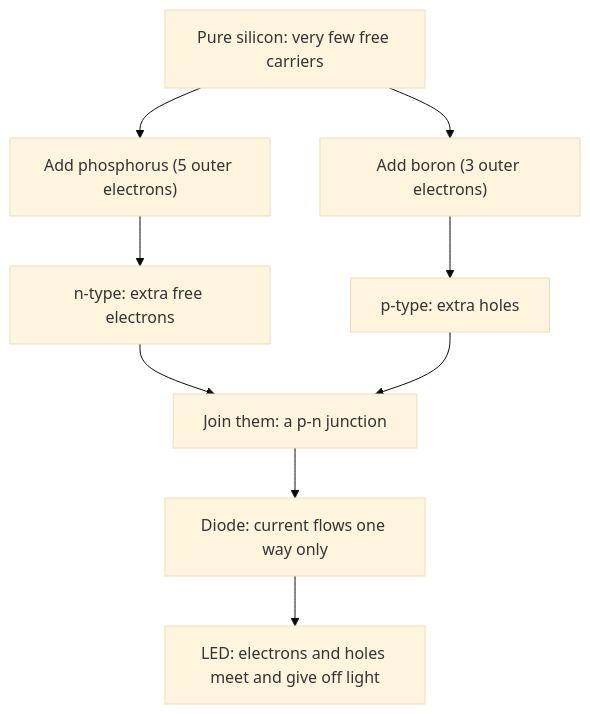
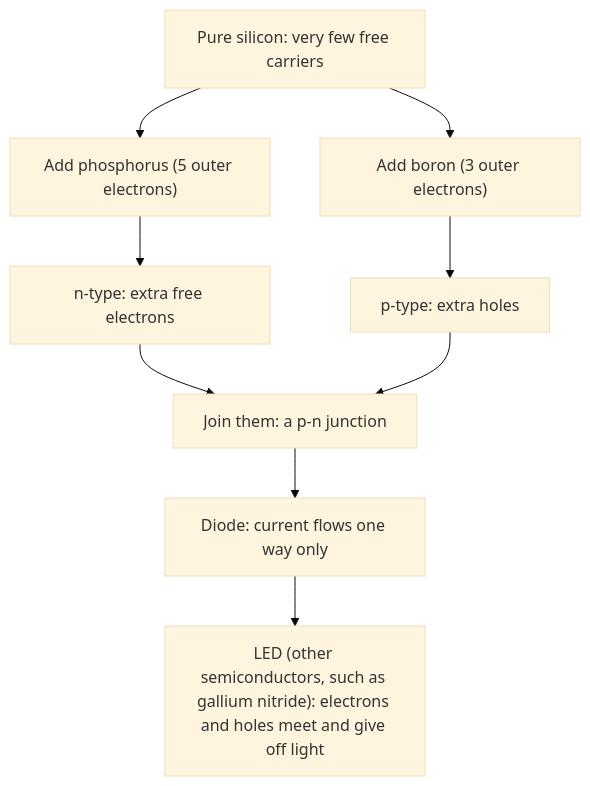
The diagram in content/math/physics/lessons/37h2-conduction.md (Aziliz/erudior), drawn with Mermaid (base theme) before and after one commit. The commit also changed other lines of this file and 5 other files, not shown here.

````diff
--- a/content/math/physics/lessons/37h2-conduction.md
+++ b/content/math/physics/lessons/37h2-conduction.md
@@ -116,13 +116,13 @@
 ```mermaid
 flowchart TD
   accTitle: From pure silicon to diodes and LEDs
-  accDescr: Pure silicon has very few free carriers. Adding phosphorus, with five outer electrons, gives n-type silicon with extra free electrons. Adding boron, with three outer electrons, gives p-type silicon with extra holes. Joining p-type and n-type silicon makes a p-n junction, which is a diode that lets current through in one direction only. In a light-emitting diode, electrons and holes that meet at the junction release their energy as light.
+  accDescr: Pure silicon has very few free carriers. Adding phosphorus, with five outer electrons, gives n-type silicon with extra free electrons. Adding boron, with three outer electrons, gives p-type silicon with extra holes. Joining p-type and n-type silicon makes a p-n junction, which is a diode that lets current through in one direction only. A light-emitting diode is a p-n junction made from other semiconductors, such as gallium nitride, in which electrons and holes that meet at the junction release their energy as light.
   A["Pure silicon: very few free carriers"] --> B["Add phosphorus (5 outer electrons)"]
   A --> C["Add boron (3 outer electrons)"]
   B --> D["n-type: extra free electrons"]
   C --> E["p-type: extra holes"]
   D --> F["Join them: a p-n junction"]
   E --> F
   F --> G["Diode: current flows one way only"]
-  G --> H["LED: electrons and holes meet and give off light"]
+  G --> H["LED (other semiconductors, such as gallium nitride): electrons and holes meet and give off light"]
 ```
````
